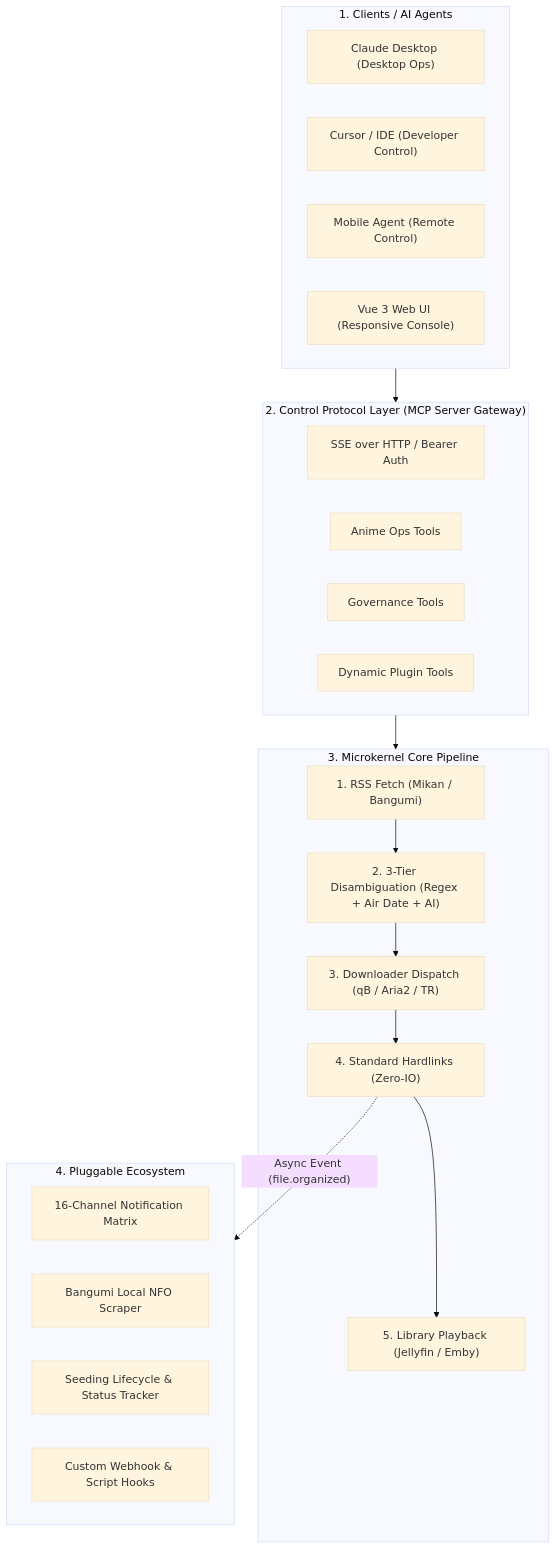
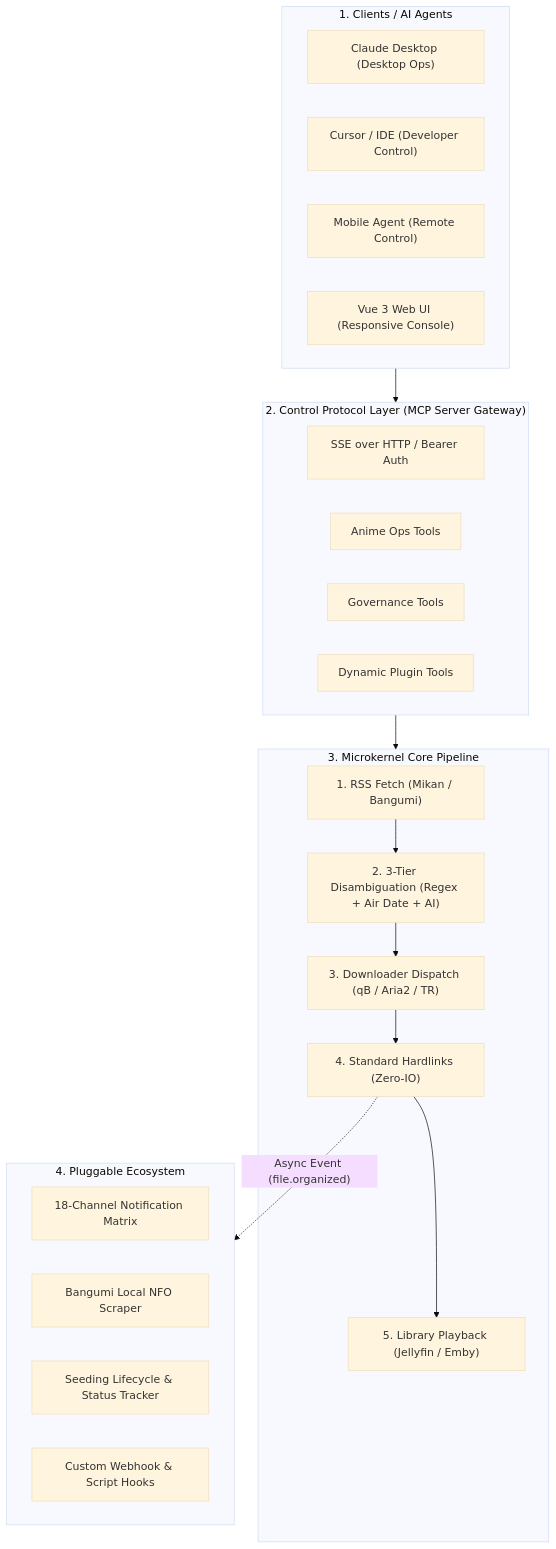
Before and after one commit to xiaoyueRX/Ani-Go: the diagram in README_EN.md, drawn with Mermaid (base theme). The commit also changed other lines of this file and 15 other files, not shown here.

````diff
--- a/README_EN.md
+++ b/README_EN.md
@@ -49,40 +49,40 @@
 ```mermaid
 flowchart TD
     subgraph Clients ["1. Clients / AI Agents"]
         A1["Claude Desktop (Desktop Ops)"]
         A2["Cursor / IDE (Developer Control)"]
         A3["Mobile Agent (Remote Control)"]
         A4["Vue 3 Web UI (Responsive Console)"]
     end
 
     subgraph MCP ["2. Control Protocol Layer (MCP Server Gateway)"]
         B1["SSE over HTTP / Bearer Auth"]
         B2["Anime Ops Tools"]
         B3["Governance Tools"]
         B4["Dynamic Plugin Tools"]
     end
 
     subgraph Core ["3. Microkernel Core Pipeline"]
         C1["1. RSS Fetch (Mikan / Bangumi)"]
         C2["2. 3-Tier Disambiguation (Regex + Air Date + AI)"]
         C3["3. Downloader Dispatch (qB / Aria2 / TR)"]
         C4["4. Standard Hardlinks (Zero-IO)"]
         C5["5. Library Playback (Jellyfin / Emby)"]
 
         C1 --> C2
         C2 --> C3
         C3 --> C4
         C4 --> C5
     end
 
     subgraph Plugins ["4. Pluggable Ecosystem"]
-        D1["16-Channel Notification Matrix"]
+        D1["18-Channel Notification Matrix"]
         D2["Bangumi Local NFO Scraper"]
         D3["Seeding Lifecycle & Status Tracker"]
         D4["Custom Webhook & Script Hooks"]
     end
 
     Clients --> MCP
     MCP --> Core
     C4 -. "Async Event (file.organized)" .-> Plugins
 ```
````
